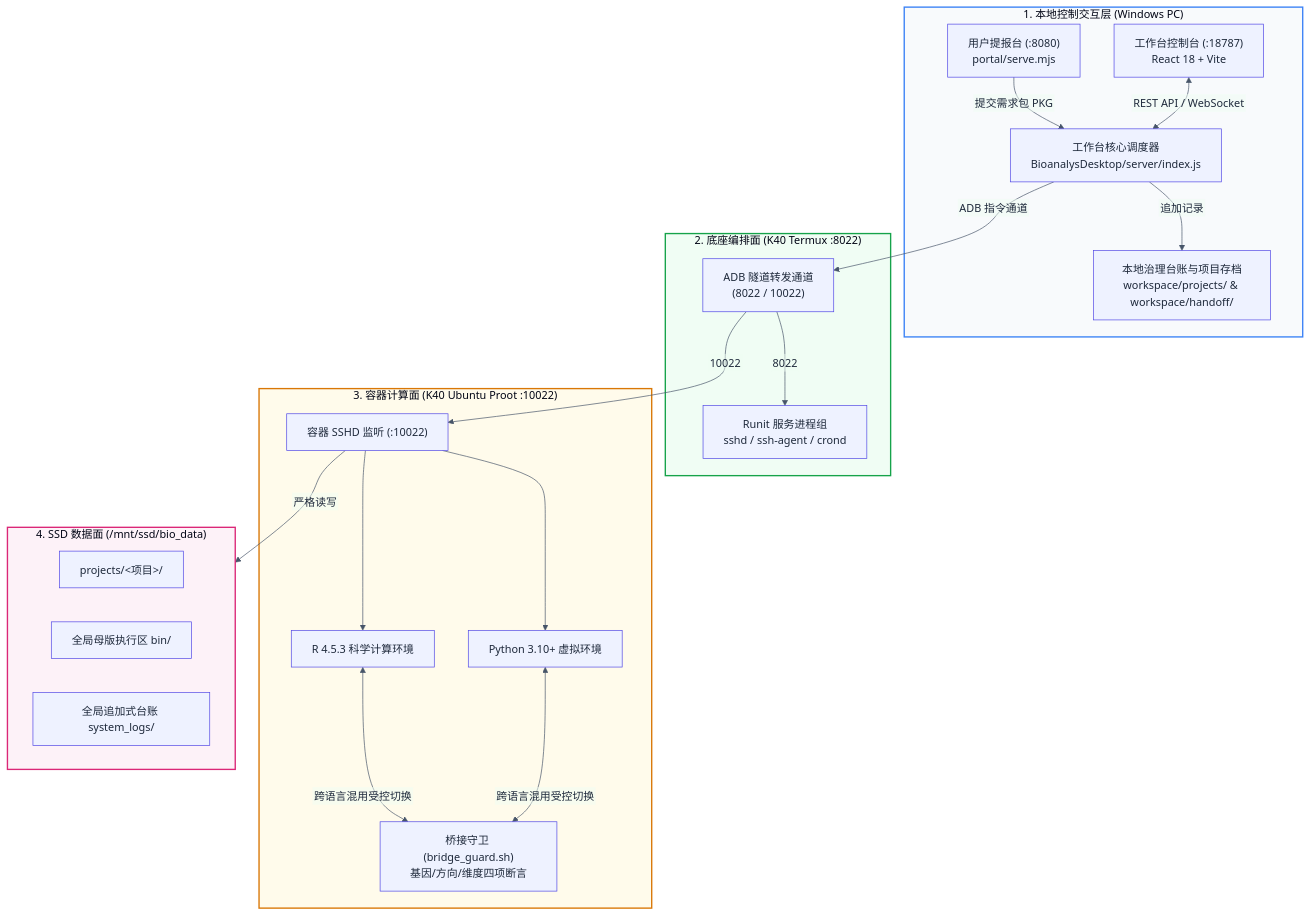
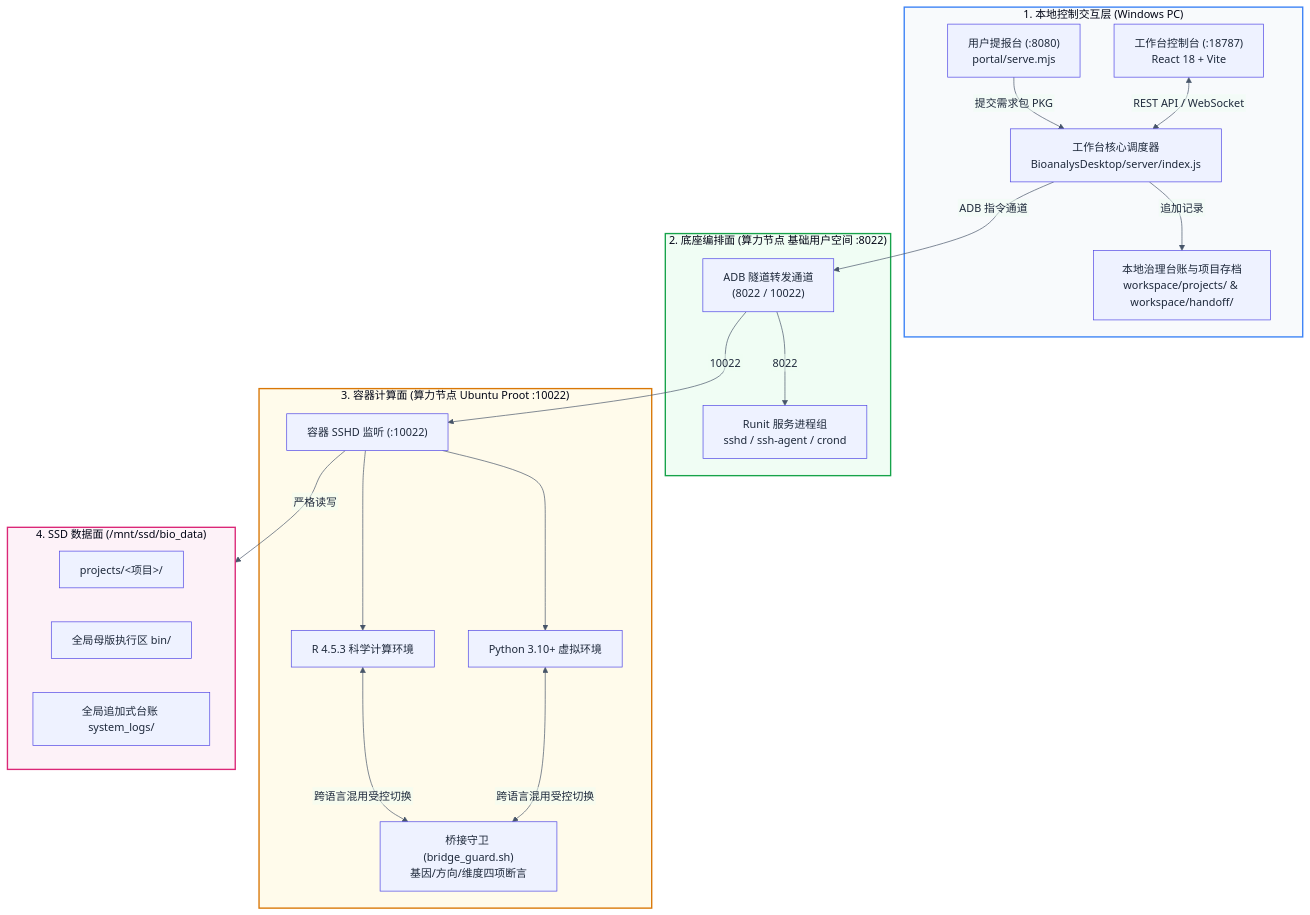
Before and after one commit to liubarryteb12/ai-bio-workbench: the diagram in aims/bio/07_master_6abbd50_a2a_20261031.md, drawn with Mermaid. The commit also changed other lines of this file and 97 other files, not shown here.

````diff
--- a/aims/bio/07_master_6abbd50_a2a_20261031.md
+++ b/aims/bio/07_master_6abbd50_a2a_20261031.md
@@ -29,45 +29,45 @@
 ```mermaid
 %%{init: {'theme': 'base', 'flowchart': {'htmlLabels': false, 'curve': 'basis'}, 'themeVariables': {'primaryColor': '#EEF2FF', 'primaryTextColor': '#1E293B', 'primaryBorderColor': '#4F46E5', 'lineColor': '#475569', 'secondaryColor': '#F0FDF4', 'tertiaryColor': '#FFFBEB'}}}%%
 flowchart TB
     subgraph PC["1. 本地控制交互层 (Windows PC)"]
         Portal["用户提报台 (:8080)\nportal/serve.mjs"]
         Desktop["工作台控制台 (:18787)\nReact 18 + Vite"]
         Server["工作台核心调度器\nBioanalysDesktop/server/index.js"]
         LocalLedger["本地治理台账与项目存档\nworkspace/projects/ & workspace/handoff/"]
     end
 
-    subgraph Phone["2. 底座编排面 (K40 Termux :8022)"]
+    subgraph Phone["2. 底座编排面 (算力节点 基础用户空间 :8022)"]
         ADB["ADB 隧道转发通道\n(8022 / 10022)"]
         Runit["Runit 服务进程组\nsshd / ssh-agent / crond"]
     end
 
-    subgraph Container["3. 容器计算面 (K40 Ubuntu Proot :10022)"]
+    subgraph Container["3. 容器计算面 (算力节点 Ubuntu Proot :10022)"]
         UbuntuSSHD["容器 SSHD 监听 (:10022)"]
         REnv["R 4.5.3 科学计算环境"]
         PyEnv["Python 3.10+ 虚拟环境"]
         BridgeGuard["桥接守卫 (bridge_guard.sh)\n基因/方向/维度四项断言"]
     end
 
     subgraph SSD["4. SSD 数据面 (/mnt/ssd/bio_data)"]
         Projects["projects/<项目>/<line>/{raw_data,processed,results,figures}"]
         GlobalBin["全局母版执行区 bin/<line>/"]
         SystemLogs["全局追加式台账 system_logs/"]
     end
 
     Portal -->|提交需求包 PKG| Server
     Desktop <-->|REST API / WebSocket| Server
     Server -->|追加记录| LocalLedger
     Server -->|ADB 指令通道| ADB
     ADB -->|8022| Runit
     ADB -->|10022| UbuntuSSHD
     UbuntuSSHD --> REnv
     UbuntuSSHD --> PyEnv
     REnv <-->|跨语言混用受控切换| BridgeGuard
     PyEnv <-->|跨语言混用受控切换| BridgeGuard
     UbuntuSSHD -->|严格读写| SSD
 
     style PC fill:#F8FAFC,stroke:#3B82F6,stroke-width:2px,color:#0F172A
     style Phone fill:#F0FDF4,stroke:#16A34A,stroke-width:2px,color:#0F172A
     style Container fill:#FFFBEB,stroke:#D97706,stroke-width:2px,color:#0F172A
     style SSD fill:#FDF2F8,stroke:#DB2777,stroke-width:2px,color:#0F172A
 ```
````
